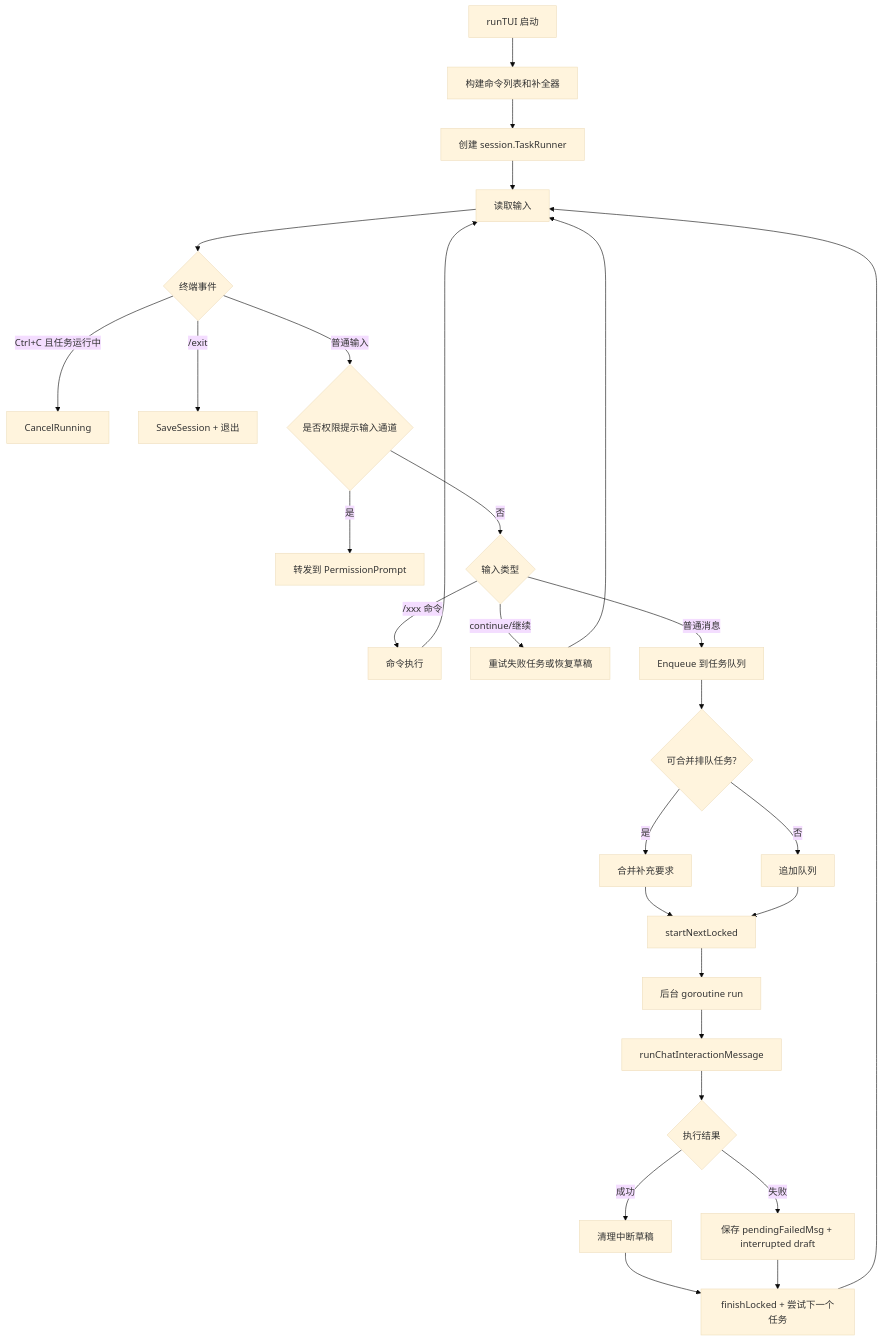
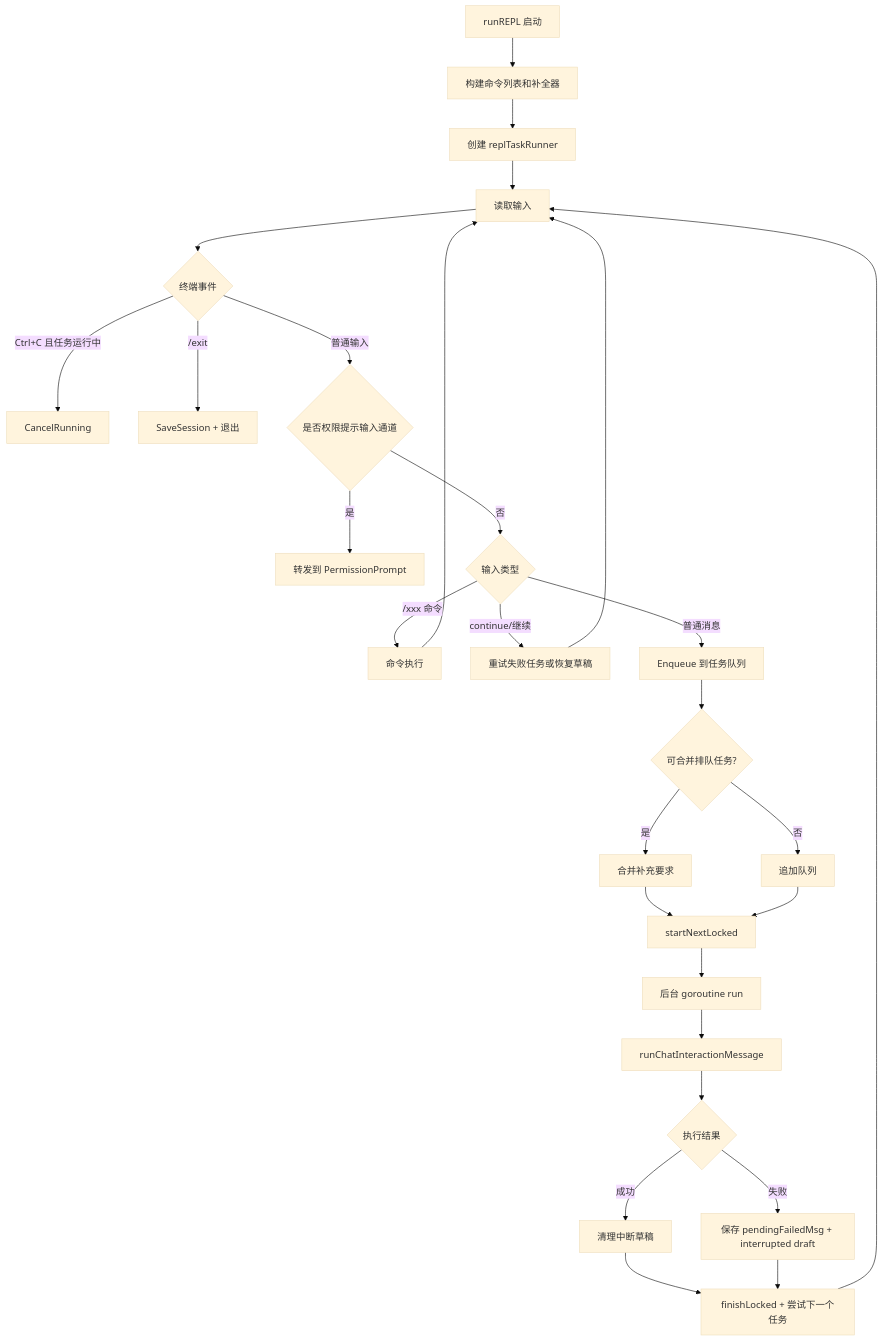
Before and after one commit to liuzhixin405/cove: the third of 16 diagrams in docs/全流程图-端到端.md, drawn with Mermaid (base theme). The commit also changed other lines of this file and 369 other files, not shown here.

````diff
--- a/docs/全流程图-端到端.md
+++ b/docs/全流程图-端到端.md
@@ -70,35 +70,35 @@
 ```mermaid
 flowchart TD
-    A[runTUI 启动] --> B[构建命令列表和补全器]
-    B --> C[创建 session.TaskRunner]
+    A[runREPL 启动] --> B[构建命令列表和补全器]
+    B --> C[创建 replTaskRunner]
     C --> D[读取输入]
 
     D --> E{终端事件}
     E -->|Ctrl+C 且任务运行中| E1[CancelRunning]
     E -->|/exit| E2[SaveSession + 退出]
     E -->|普通输入| F{是否权限提示输入通道}
 
     F -->|是| F1[转发到 PermissionPrompt]
     F -->|否| G{输入类型}
 
     G -->|/xxx 命令| H[命令执行]
     G -->|continue/继续| I[重试失败任务或恢复草稿]
     G -->|普通消息| J[Enqueue 到任务队列]
 
     J --> K{可合并排队任务?}
     K -->|是| K1[合并补充要求]
     K -->|否| K2[追加队列]
 
     K1 --> L[startNextLocked]
     K2 --> L
     L --> M[后台 goroutine run]
     M --> N[runChatInteractionMessage]
     N --> O{执行结果}
     O -->|成功| O1[清理中断草稿]
     O -->|失败| O2[保存 pendingFailedMsg + interrupted draft]
     O1 --> P[finishLocked + 尝试下一个任务]
     O2 --> P
     P --> D
     H --> D
     I --> D
 ```
````
